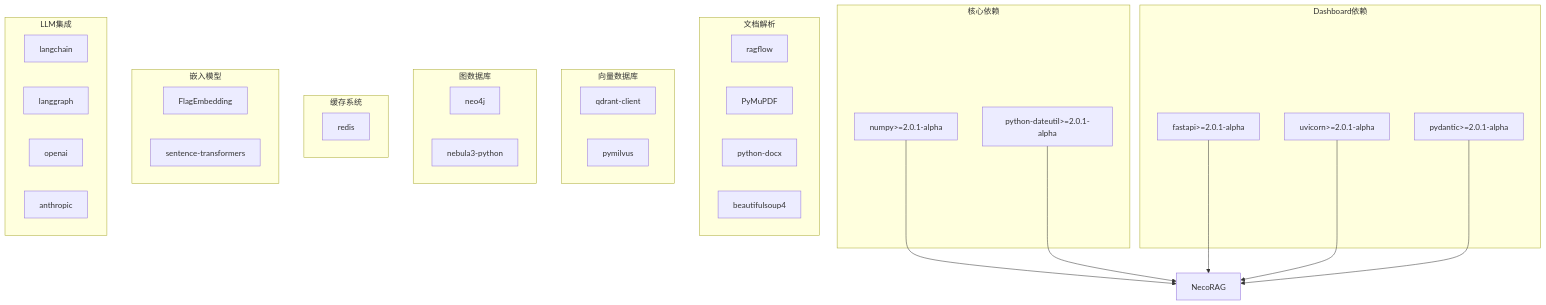
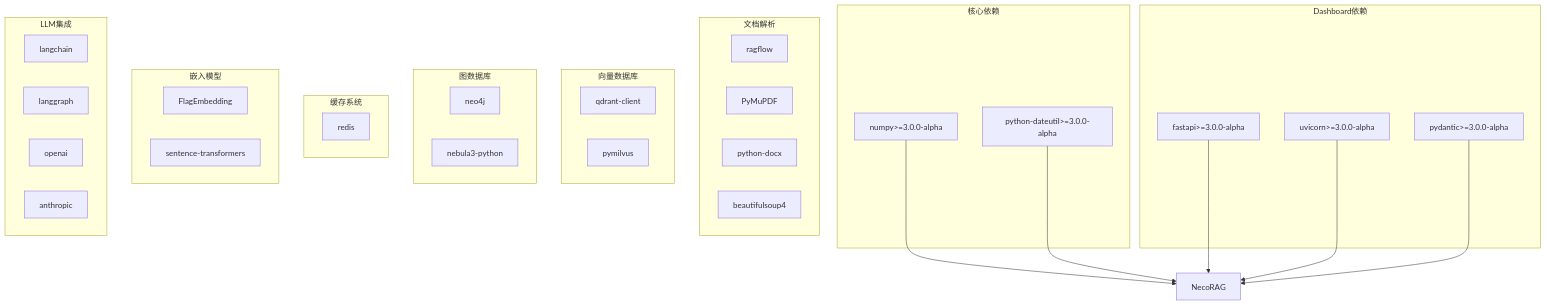
The eighth of 8 diagrams in wiki/wiki/项目概述/快速开始指南.md (JieGaoPrinceton/NecoRAG), drawn with Mermaid before and after one commit. The commit also changed other lines of this file and 70 other files, not shown here.

````diff
--- a/wiki/wiki/项目概述/快速开始指南.md
+++ b/wiki/wiki/项目概述/快速开始指南.md
@@ -435,44 +435,44 @@
 ```mermaid
 graph TB
 subgraph "核心依赖"
-A[numpy>=2.0.1-alpha]
-B[python-dateutil>=2.0.1-alpha]
+A[numpy>=3.0.0-alpha]
+B[python-dateutil>=3.0.0-alpha]
 end
 subgraph "Dashboard依赖"
-C[fastapi>=2.0.1-alpha]
-D[uvicorn>=2.0.1-alpha]
-E[pydantic>=2.0.1-alpha]
+C[fastapi>=3.0.0-alpha]
+D[uvicorn>=3.0.0-alpha]
+E[pydantic>=3.0.0-alpha]
 end
 subgraph "文档解析"
 F[ragflow]
 G[PyMuPDF]
 H[python-docx]
 I[beautifulsoup4]
 end
 subgraph "向量数据库"
 J[qdrant-client]
 K[pymilvus]
 end
 subgraph "图数据库"
 L[neo4j]
 M[nebula3-python]
 end
 subgraph "缓存系统"
 N[redis]
 end
 subgraph "嵌入模型"
 O[FlagEmbedding]
 P[sentence-transformers]
 end
 subgraph "LLM集成"
 Q[langchain]
 R[langgraph]
 S[openai]
 T[anthropic]
 end
 A --> U[NecoRAG]
 B --> U
 C --> U
 D --> U
 E --> U
 ```
````
